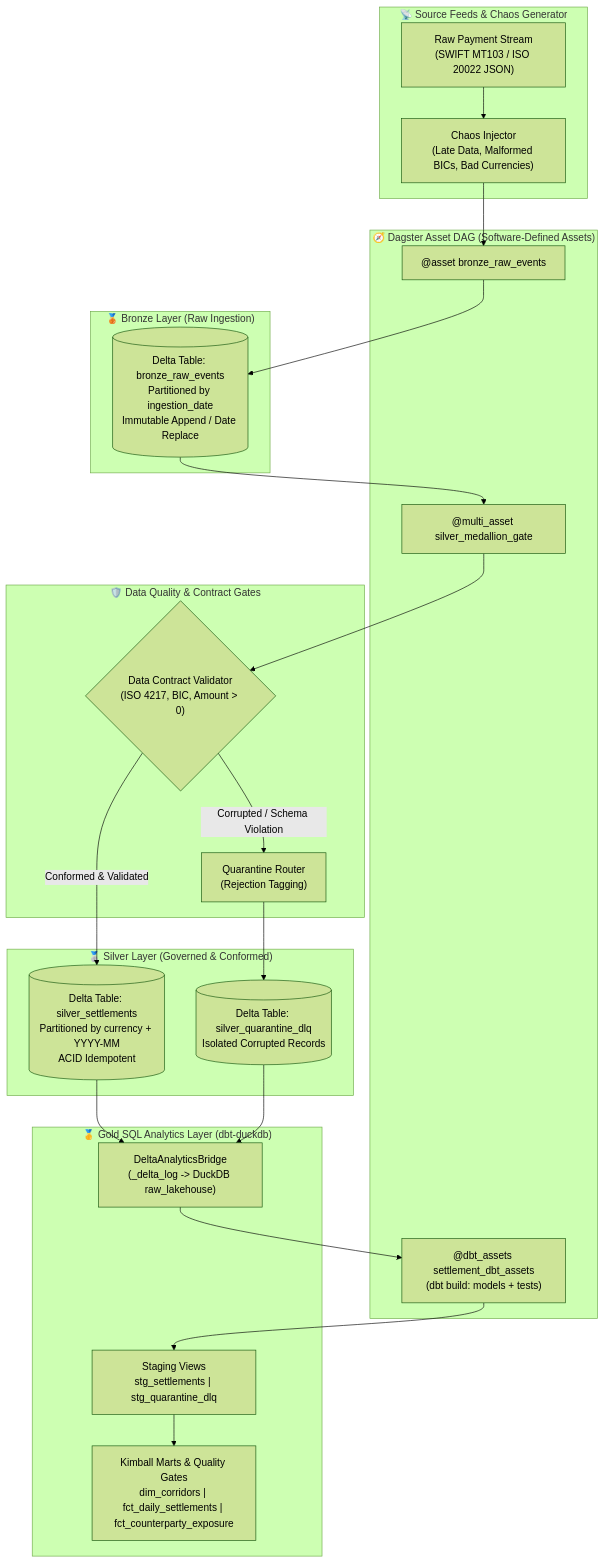
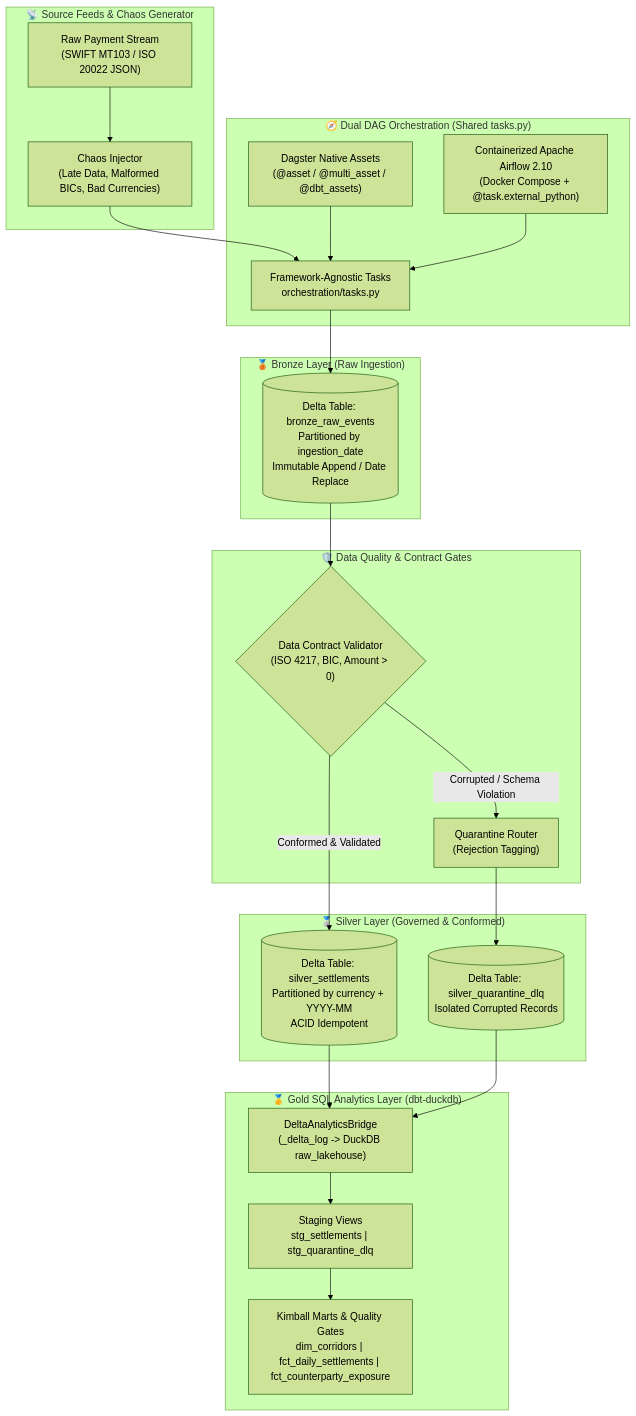
Before and after one commit to ronaldreighsrsc/delta-settlement-lakehouse: the diagram in README.md, drawn with Mermaid (forest theme). The commit also changed other lines of this file and 14 other files, not shown here.

Commit message:
feat(airflow): add containerized Apache Airflow TaskFlow DAG and shared medallion tasks

````diff
--- a/README.md
+++ b/README.md
@@ -33,39 +34,41 @@
 ```mermaid
 flowchart TD
     subgraph Ingestion ["📡 Source Feeds & Chaos Generator"]
         RawEvents["Raw Payment Stream\n(SWIFT MT103 / ISO 20022 JSON)"]
         Chaos["Chaos Injector\n(Late Data, Malformed BICs, Bad Currencies)"]
     end
 
-    subgraph Orchestration ["🧭 Dagster Asset DAG (Software-Defined Assets)"]
-        BronzeAsset["@asset bronze_raw_events"]
-        SilverGate["@multi_asset silver_medallion_gate"]
-        DbtAssets["@dbt_assets settlement_dbt_assets\n(dbt build: models + tests)"]
+    subgraph Orchestration ["🧭 Dual DAG Orchestration (Shared tasks.py)"]
+        SharedTasks["Framework-Agnostic Tasks\norchestration/tasks.py"]
+        Dagster["Dagster Native Assets\n(@asset / @multi_asset / @dbt_assets)"]
+        Airflow["Containerized Apache Airflow 2.10\n(Docker Compose + @task.external_python)"]
     end
 
     subgraph Bronze ["🥉 Bronze Layer (Raw Ingestion)"]
         BronzeDelta[("Delta Table: bronze_raw_events\nPartitioned by ingestion_date\nImmutable Append / Date Replace")]
     end
 
     subgraph Governance ["🛡️ Data Quality & Contract Gates"]
         ContractGate{"Data Contract Validator\n(ISO 4217, BIC, Amount > 0)"}
         DLQ["Quarantine Router\n(Rejection Tagging)"]
     end
 
     subgraph Silver ["🥈 Silver Layer (Governed & Conformed)"]
         SilverDelta[("Delta Table: silver_settlements\nPartitioned by currency + YYYY-MM\nACID Idempotent")]
         DLQDelta[("Delta Table: silver_quarantine_dlq\nIsolated Corrupted Records")]
     end
 
     subgraph dbtAnalytics ["🥇 Gold SQL Analytics Layer (dbt-duckdb)"]
         Bridge["DeltaAnalyticsBridge\n(_delta_log -> DuckDB raw_lakehouse)"]
         Staging["Staging Views\nstg_settlements | stg_quarantine_dlq"]
         Marts["Kimball Marts & Quality Gates\ndim_corridors | fct_daily_settlements | fct_counterparty_exposure"]
     end
 
-    RawEvents --> Chaos --> BronzeAsset --> BronzeDelta
-    BronzeDelta --> SilverGate --> ContractGate
+    RawEvents --> Chaos --> SharedTasks
+    Dagster --> SharedTasks
+    Airflow --> SharedTasks
+    SharedTasks --> BronzeDelta --> ContractGate
     ContractGate -- "Corrupted / Schema Violation" --> DLQ --> DLQDelta
     ContractGate -- "Conformed & Validated" --> SilverDelta
-    SilverDelta & DLQDelta --> Bridge --> DbtAssets --> Staging --> Marts
+    SilverDelta & DLQDelta --> Bridge --> Staging --> Marts
 ```
````
